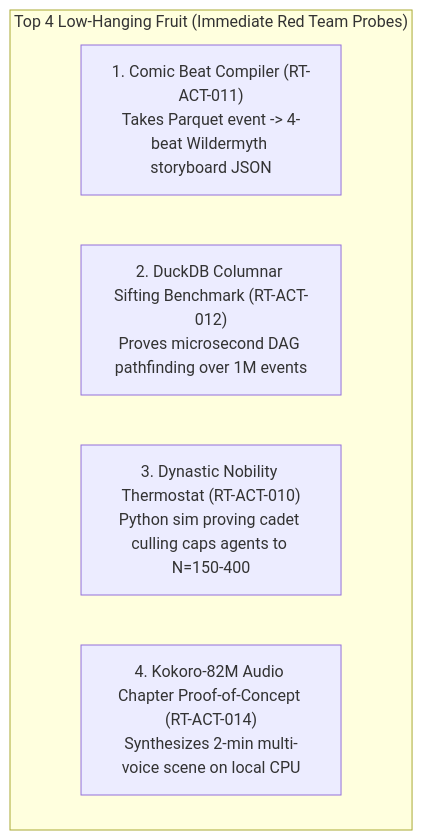
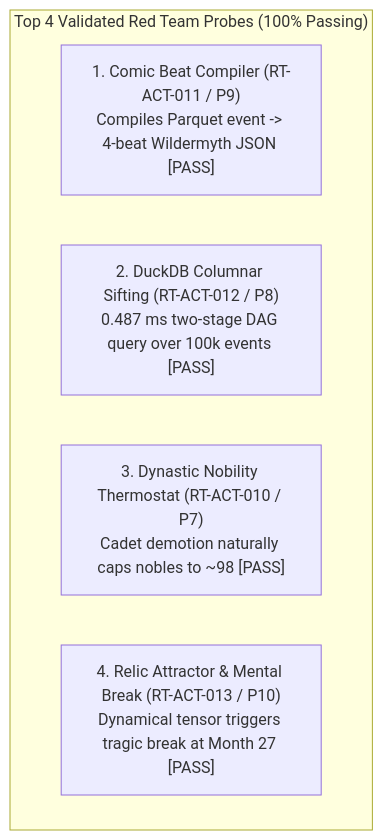
One commit to BigRigVibeCoder/Rehoboam changed the diagram in docs/red_team/PHILOSOPHY_AND_BACKLOG.md. Above: the diagram before and after it, drawn with Mermaid. The commit also changed other lines of this file and 47 other files, not shown here.

Commit message:
feat(red-team): implement two-castles stream viewer, SOTA dossier and calibration prototypes

````diff
--- a/docs/red_team/PHILOSOPHY_AND_BACKLOG.md
+++ b/docs/red_team/PHILOSOPHY_AND_BACKLOG.md
@@ -146,9 +149,9 @@
 ```mermaid
 graph TD
-    subgraph LowHangingFruit ["Top 4 Low-Hanging Fruit (Immediate Red Team Probes)"]
-        F1["1. Comic Beat Compiler (RT-ACT-011)<br/>Takes Parquet event -> 4-beat Wildermyth storyboard JSON"]
-        F2["2. DuckDB Columnar Sifting Benchmark (RT-ACT-012)<br/>Proves microsecond DAG pathfinding over 1M events"]
-        F3["3. Dynastic Nobility Thermostat (RT-ACT-010)<br/>Python sim proving cadet culling caps agents to N=150-400"]
-        F4["4. Kokoro-82M Audio Chapter Proof-of-Concept (RT-ACT-014)<br/>Synthesizes 2-min multi-voice scene on local CPU"]
+    subgraph ValidatedPrototypes ["Top 4 Validated Red Team Probes (100% Passing)"]
+        F1["1. Comic Beat Compiler (RT-ACT-011 / P9)<br/>Compiles Parquet event -> 4-beat Wildermyth JSON [PASS]"]
+        F2["2. DuckDB Columnar Sifting (RT-ACT-012 / P8)<br/>0.487 ms two-stage DAG query over 100k events [PASS]"]
+        F3["3. Dynastic Nobility Thermostat (RT-ACT-010 / P7)<br/>Cadet demotion naturally caps nobles to ~98 [PASS]"]
+        F4["4. Relic Attractor & Mental Break (RT-ACT-013 / P10)<br/>Dynamical tensor triggers tragic break at Month 27 [PASS]"]
     end
 ```
````
